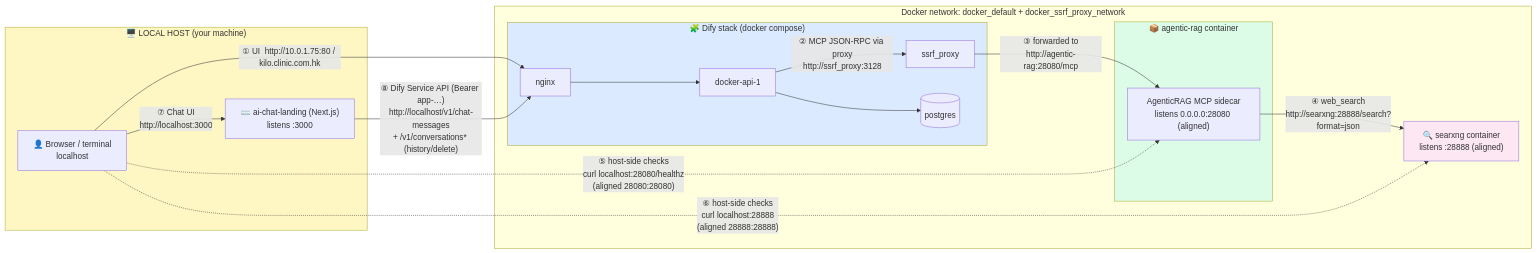
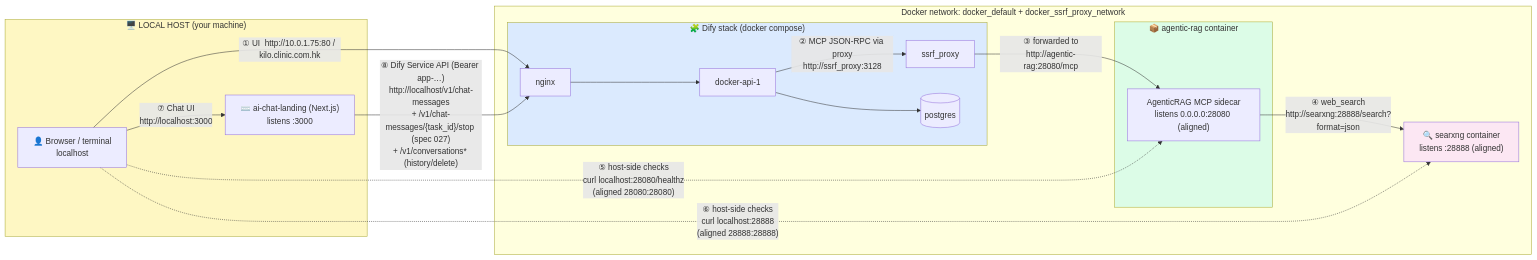
Before and after one commit to rlaisw/AGIAssistant: the diagram in docs/NETWORK.md, drawn with Mermaid. The commit also changed other lines of this file and 8 other files, not shown here.

First line of the commit message:
Docs + graph sync: stop-flow topology (NETWORK.md 8), follow-up styling clauses, 11-scenario battery, snake-template operator note, graphify rebuild

````diff
--- a/docs/NETWORK.md
+++ b/docs/NETWORK.md
@@ -7,39 +7,39 @@
 ```mermaid
 flowchart LR
     subgraph HOST["🖥️ LOCAL HOST (your machine)"]
         BROWSER["👤 Browser / terminal<br/>localhost"]
         CHATUI["⌨️ ai-chat-landing (Next.js)<br/>listens :3000"]
     end
 
     subgraph DIFYNET["Docker network: docker_default + docker_ssrf_proxy_network"]
         subgraph DIFY["🧩 Dify stack (docker compose)"]
             NGINX["nginx"]
             API["docker-api-1"]
             SSRF["ssrf_proxy"]
             PG[("postgres")]
         end
 
         subgraph RAG["📦 agentic-rag container"]
             SIDECAR["AgenticRAG MCP sidecar<br/>listens 0.0.0.0:28080 (aligned)"]
         end
 
         SEARXNG["🔍 searxng container<br/>listens :28888 (aligned)"]
     end
 
     BROWSER -- "① UI  http://10.0.1.75:80 / kilo.clinic.com.hk" --> NGINX
     NGINX --> API
     API --> PG
     API -- "② MCP JSON-RPC via proxy<br/>http://ssrf_proxy:3128" --> SSRF
     SSRF -- "③ forwarded to<br/>http://agentic-rag:28080/mcp" --> SIDECAR
     SIDECAR -- "④ web_search<br/>http://searxng:28888/search?format=json" --> SEARXNG
 
     BROWSER -. "⑤ host-side checks<br/>curl localhost:28080/healthz<br/>(aligned 28080:28080)" .-> SIDECAR
     BROWSER -. "⑥ host-side checks<br/>curl localhost:28888<br/>(aligned 28888:28888)" .-> SEARXNG
     BROWSER -- "⑦ Chat UI<br/>http://localhost:3000" --> CHATUI
-    CHATUI -- "⑧ Dify Service API (Bearer app-…)<br/>http://localhost/v1/chat-messages<br/>+ /v1/conversations* (history/delete)" --> NGINX
+    CHATUI -- "⑧ Dify Service API (Bearer app-…)<br/>http://localhost/v1/chat-messages<br/>+ /v1/chat-messages/{task_id}/stop (spec 027)<br/>+ /v1/conversations* (history/delete)" --> NGINX
 
     style HOST fill:#fef7c3
     style DIFY fill:#dbeafe
     style RAG fill:#dcfce7
     style SEARXNG fill:#fce7f3
 ```
````
